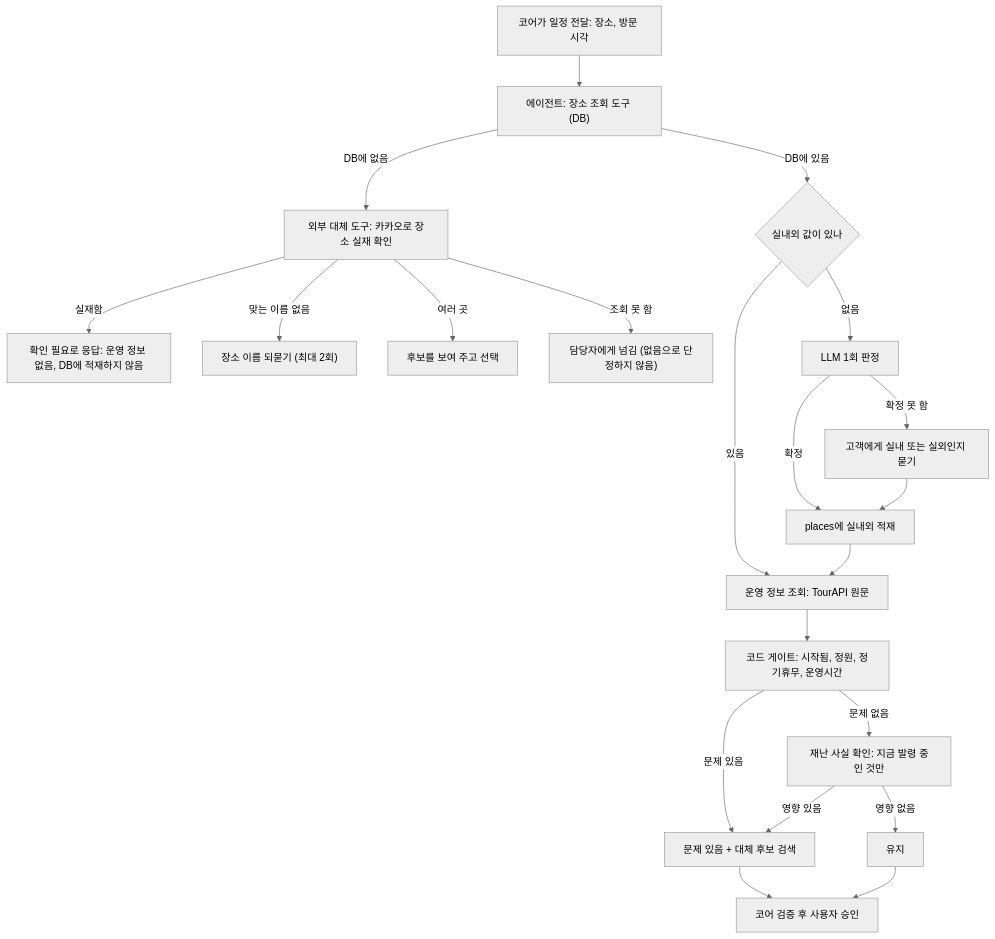
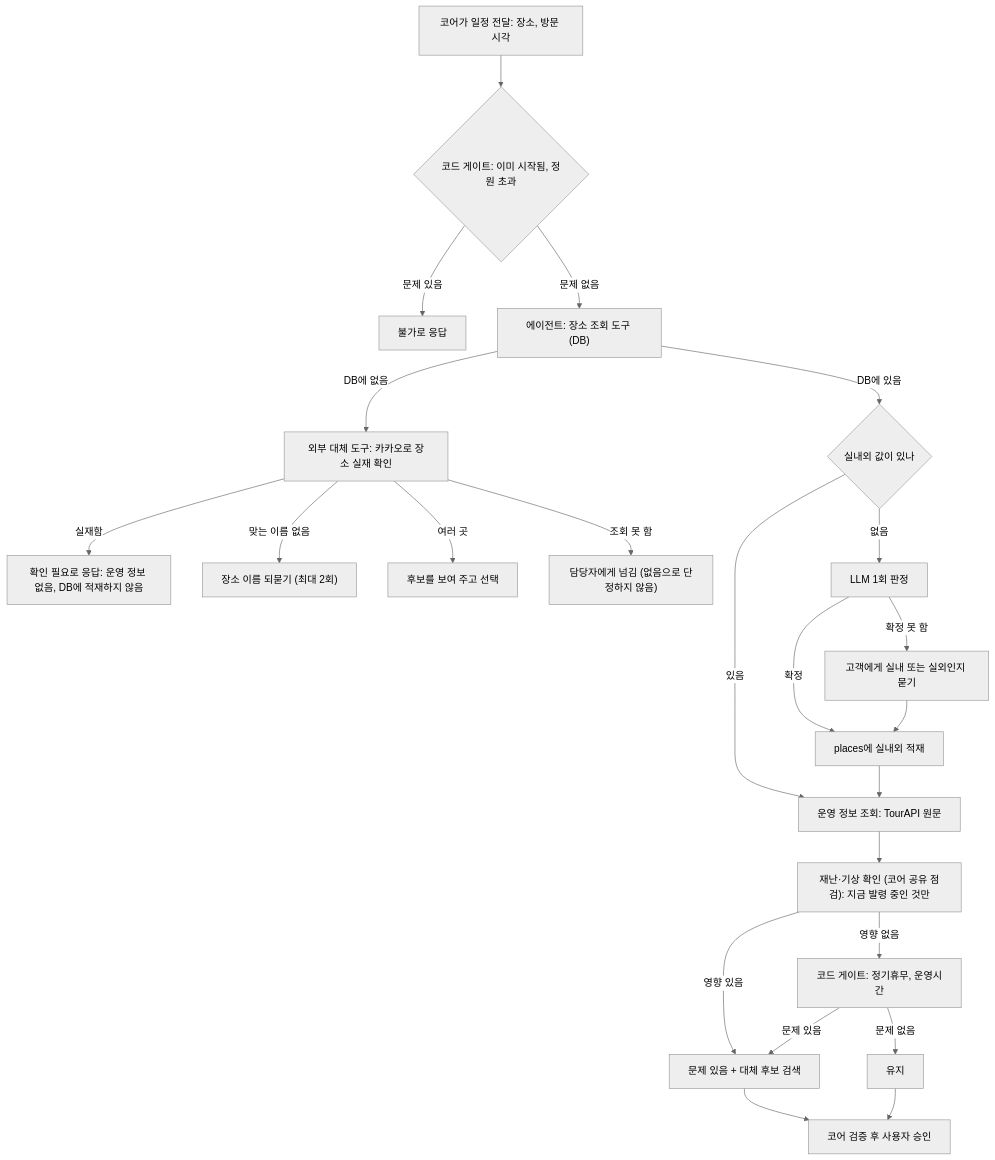
The first of 4 diagrams in final_project_cs/wiki/teams/Activity_구현계획서.md (SKNETWORKS-FAMILY-AICAMP/SKN32-FINAL-6TEAM), drawn with Mermaid (neutral theme) before and after one commit. The commit also changed other lines of this file, not shown here.

````diff
--- a/final_project_cs/wiki/teams/Activity_구현계획서.md
+++ b/final_project_cs/wiki/teams/Activity_구현계획서.md
@@ -122,23 +123,25 @@
 ```mermaid
 flowchart TD
-    A["코어가 일정 전달: 장소, 방문 시각"] --> B["에이전트: 장소 조회 도구 (DB)"]
+    A["코어가 일정 전달: 장소, 방문 시각"] --> G0{"코드 게이트: 이미 시작됨, 정원 초과"}
+    G0 -->|문제 있음| X0["불가로 응답"]
+    G0 -->|문제 없음| B["에이전트: 장소 조회 도구 (DB)"]
     B -->|DB에 있음| C{"실내외 값이 있나"}
     B -->|DB에 없음| K["외부 대체 도구: 카카오로 장소 실재 확인"]
     K -->|실재함| U["확인 필요로 응답: 운영 정보 없음, DB에 적재하지 않음"]
     K -->|맞는 이름 없음| N["장소 이름 되묻기 (최대 2회)"]
     K -->|여러 곳| P["후보를 보여 주고 선택"]
     K -->|조회 못 함| E["담당자에게 넘김 (없음으로 단정하지 않음)"]
     C -->|있음| D["운영 정보 조회: TourAPI 원문"]
     C -->|없음| L["LLM 1회 판정"]
     L -->|확정| S["places에 실내외 적재"]
     L -->|확정 못 함| Q["고객에게 실내 또는 실외인지 묻기"]
     Q --> S
     S --> D
-    D --> F["코드 게이트: 시작됨, 정원, 정기휴무, 운영시간"]
-    F -->|문제 없음| R["재난 사실 확인: 지금 발령 중인 것만"]
-    F -->|문제 있음| X["문제 있음 + 대체 후보 검색"]
-    R -->|영향 있음| X
-    R -->|영향 없음| OK["유지"]
+    D --> R["재난·기상 확인 (코어 공유 점검): 지금 발령 중인 것만"]
+    R -->|영향 있음| X["문제 있음 + 대체 후보 검색"]
+    R -->|영향 없음| F["코드 게이트: 정기휴무, 운영시간"]
+    F -->|문제 있음| X
+    F -->|문제 없음| OK["유지"]
     X --> V["코어 검증 후 사용자 승인"]
     OK --> V
 ```
````
